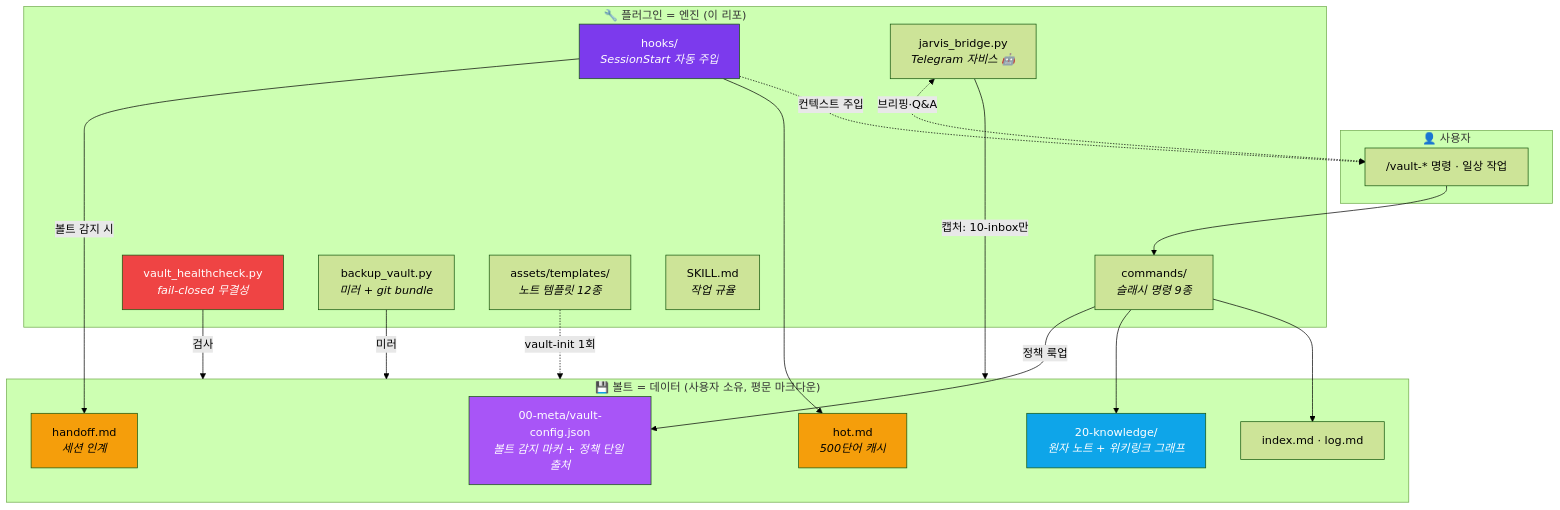
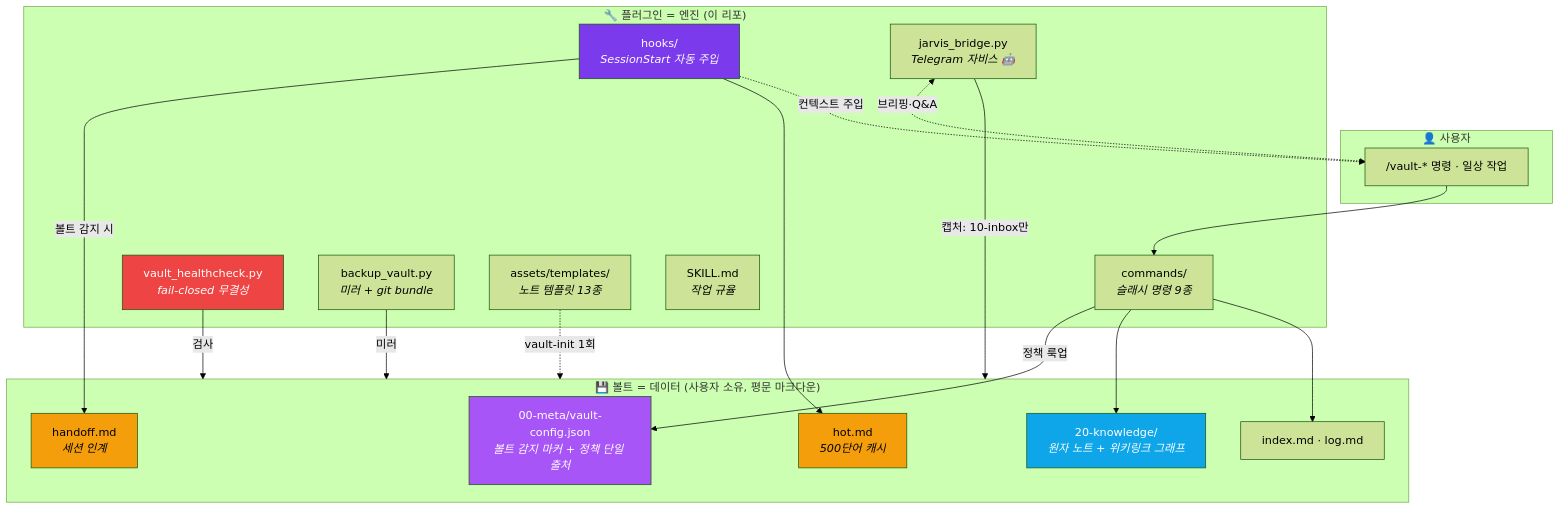
One commit to Technoetic/agentic-vault changed the second of 5 diagrams in README.md. Above: the diagram before and after it, drawn with Mermaid (forest theme). The commit also changed other lines of this file and 6 other files, not shown here.

````diff
--- a/README.md
+++ b/README.md
@@ -95,44 +95,44 @@
 ```mermaid
 flowchart TB
     subgraph user["👤 사용자"]
         U["/vault-* 명령 · 일상 작업"]
     end
 
     subgraph plugin["🔧 플러그인 = 엔진 (이 리포)"]
         CMD["commands/<br/><i>슬래시 명령 9종</i>"]
         HOOK["hooks/<br/><i>SessionStart 자동 주입</i>"]
         HC["vault_healthcheck.py<br/><i>fail-closed 무결성</i>"]
         BK["backup_vault.py<br/><i>미러 + git bundle</i>"]
         JB["jarvis_bridge.py<br/><i>Telegram 자비스 🤖</i>"]
-        TPL["assets/templates/<br/><i>노트 템플릿 12종</i>"]
+        TPL["assets/templates/<br/><i>노트 템플릿 13종</i>"]
         SK["SKILL.md<br/><i>작업 규율</i>"]
     end
 
     subgraph vault["💾 볼트 = 데이터 (사용자 소유, 평문 마크다운)"]
         CFG["00-meta/vault-config.json<br/><i>볼트 감지 마커 + 정책 단일 출처</i>"]
         HOT["hot.md<br/><i>500단어 캐시</i>"]
         HND["handoff.md<br/><i>세션 인계</i>"]
         IDX["index.md · log.md"]
         KNW["20-knowledge/<br/><i>원자 노트 + 위키링크 그래프</i>"]
     end
 
     U --> CMD
     TPL -.vault-init 1회.-> vault
     CMD -->|정책 룩업| CFG
     CMD --> KNW
     CMD --> IDX
     HOOK -->|볼트 감지 시| HND
     HOOK --> HOT
     HOOK -.컨텍스트 주입.-> U
     HC -->|검사| vault
     BK -->|미러| vault
     JB -->|캡처: 10-inbox만| vault
     JB <-.->|브리핑·Q&A| U
 
     style CFG fill:#A855F7,color:#fff
     style HOOK fill:#7C3AED,color:#fff
     style HC fill:#EF4444,color:#fff
     style HOT fill:#F59E0B,color:#000
     style HND fill:#F59E0B,color:#000
     style KNW fill:#0EA5E9,color:#fff
 ```
````
